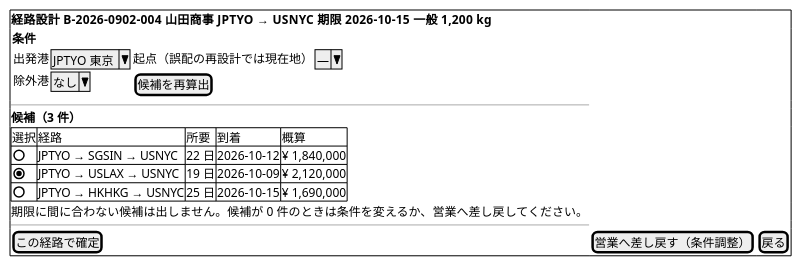
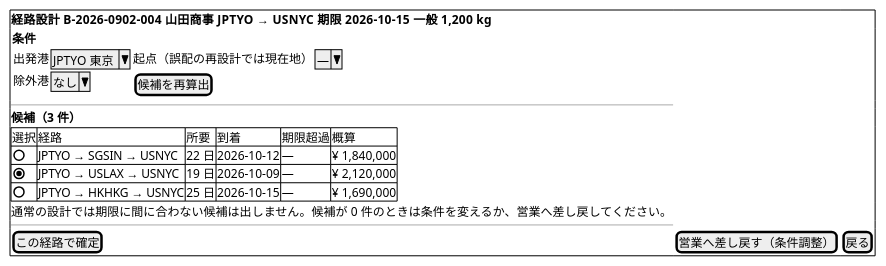
Diagram 11 of 20 in docs/design/cargo-tracker/ui_design.md (k2works/case-study-cargo-tracker), drawn with PlantUML before and after one commit. The commit also changed other lines of this file and 18 other files, not shown here.

````diff
--- a/docs/design/cargo-tracker/ui_design.md
+++ b/docs/design/cargo-tracker/ui_design.md
@@ -408,23 +552,23 @@
 ```plantuml
 @startsalt
 {+
   <b>経路設計  B-2026-0902-004  山田商事  JPTYO → USNYC  期限 2026-10-15  一般 1,200 kg
   {
     <b>条件
     { 出発港 | ^JPTYO 東京^ | 起点（誤配の再設計では現在地） | ^—^
       除外港 | ^なし^ | [候補を再算出] }
   }
   ---
   <b>候補（3 件）
   {#
-    選択 | 経路 | 所要 | 到着 | 概算
-    ( ) | JPTYO → SGSIN → USNYC | 22 日 | 2026-10-12 | ¥ 1,840,000
-    (X) | JPTYO → USLAX → USNYC | 19 日 | 2026-10-09 | ¥ 2,120,000
-    ( ) | JPTYO → HKHKG → USNYC | 25 日 | 2026-10-15 | ¥ 1,690,000
+    選択 | 経路 | 所要 | 到着 | 期限超過 | 概算
+    ( ) | JPTYO → SGSIN → USNYC | 22 日 | 2026-10-12 | — | ¥ 1,840,000
+    (X) | JPTYO → USLAX → USNYC | 19 日 | 2026-10-09 | — | ¥ 2,120,000
+    ( ) | JPTYO → HKHKG → USNYC | 25 日 | 2026-10-15 | — | ¥ 1,690,000
   }
-  期限に間に合わない候補は出しません。候補が 0 件のときは条件を変えるか、営業へ差し戻してください。
+  通常の設計では期限に間に合わない候補は出しません。候補が 0 件のときは条件を変えるか、営業へ差し戻してください。
   ---
   [この経路で確定] | [営業へ差し戻す（条件調整）] | [戻る]
 }
 @endsalt
 ```
````
